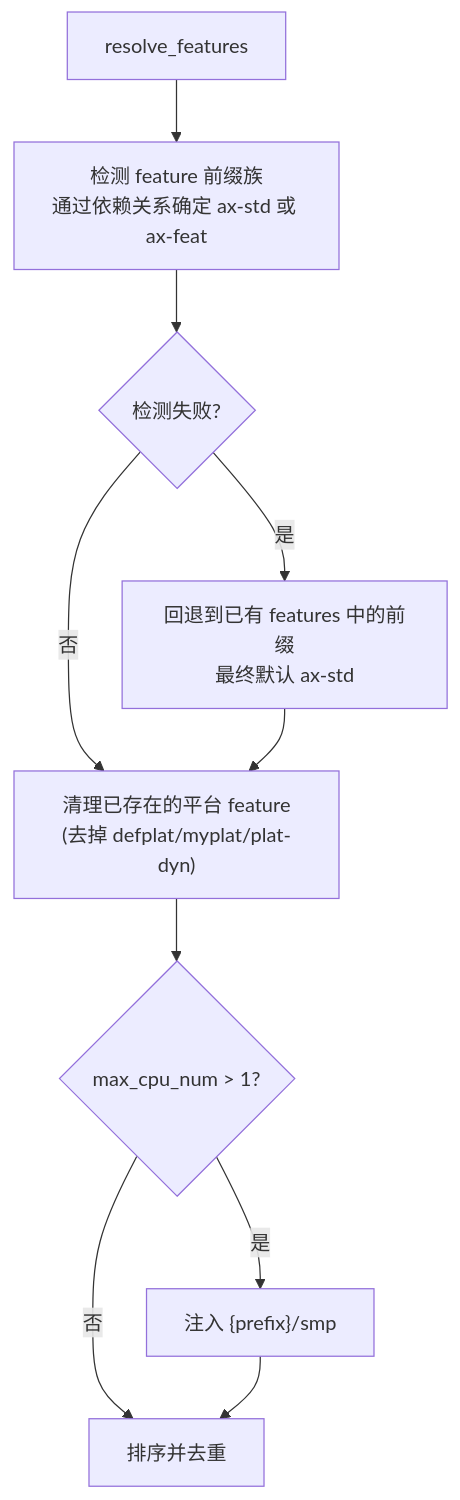
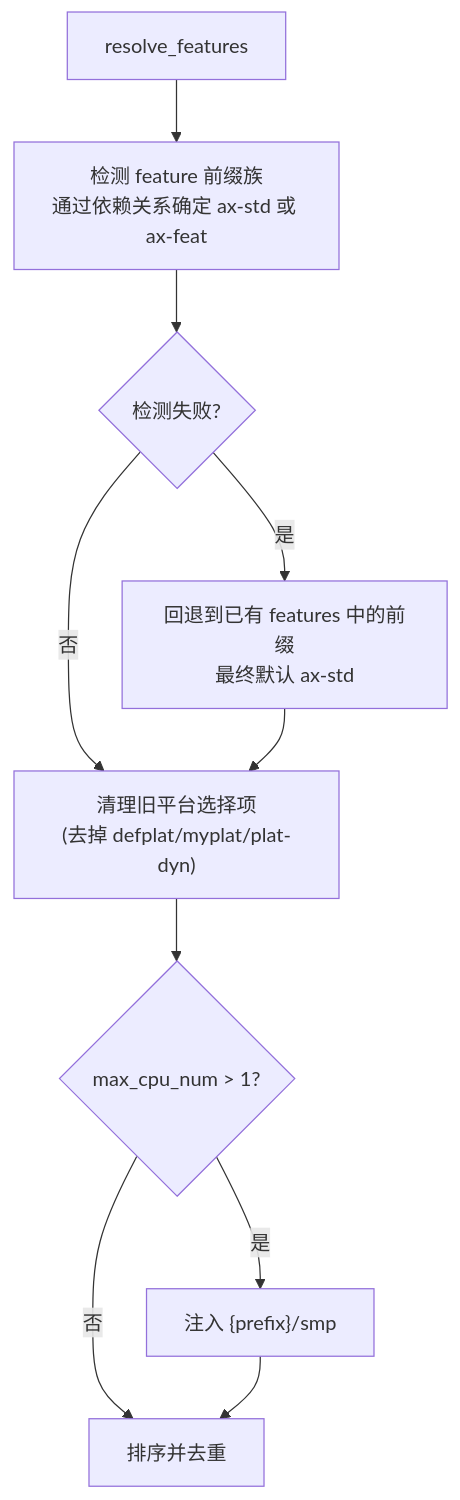
The fourth of 6 diagrams in docs/docs/build/build.md (rcore-os/tgoskits), drawn with Mermaid before and after one commit. The commit also changed other lines of this file and 25 other files, not shown here.

````diff
--- a/docs/docs/build/build.md
+++ b/docs/docs/build/build.md
@@ -144,12 +144,12 @@
 ```mermaid
 flowchart TD
     A[resolve_features] --> B["检测 feature 前缀族<br/>通过依赖关系确定 ax-std 或 ax-feat"]
     B --> B1{检测失败?}
     B1 -->|是| B2["回退到已有 features 中的前缀<br/>最终默认 ax-std"]
-    B1 -->|否| C["清理已存在的平台 feature<br/>(去掉 defplat/myplat/plat-dyn)"]
+    B1 -->|否| C["清理旧平台选择项<br/>(去掉 defplat/myplat/plat-dyn)"]
     B2 --> C
     C --> I{max_cpu_num > 1?}
     I -->|是| J["注入 {prefix}/smp"]
     I -->|否| K["排序并去重"]
     J --> K
 ```
````
